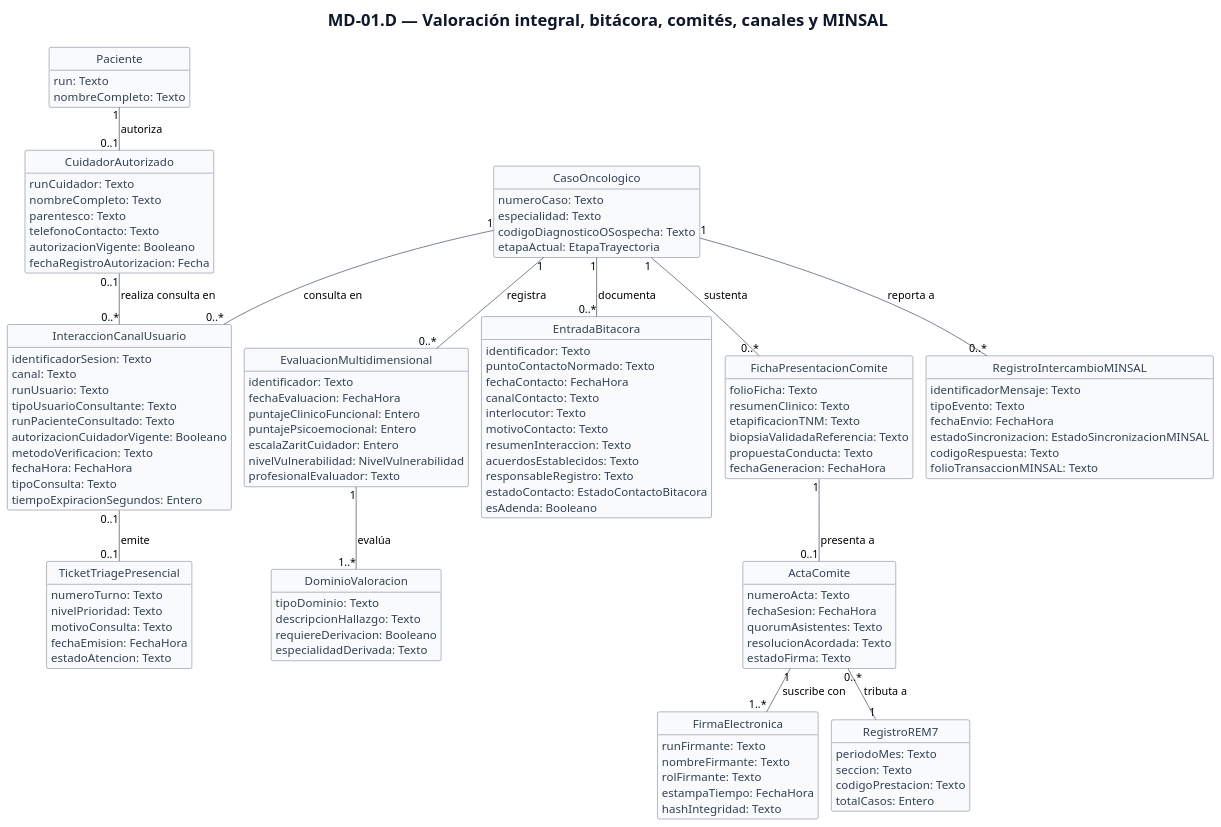
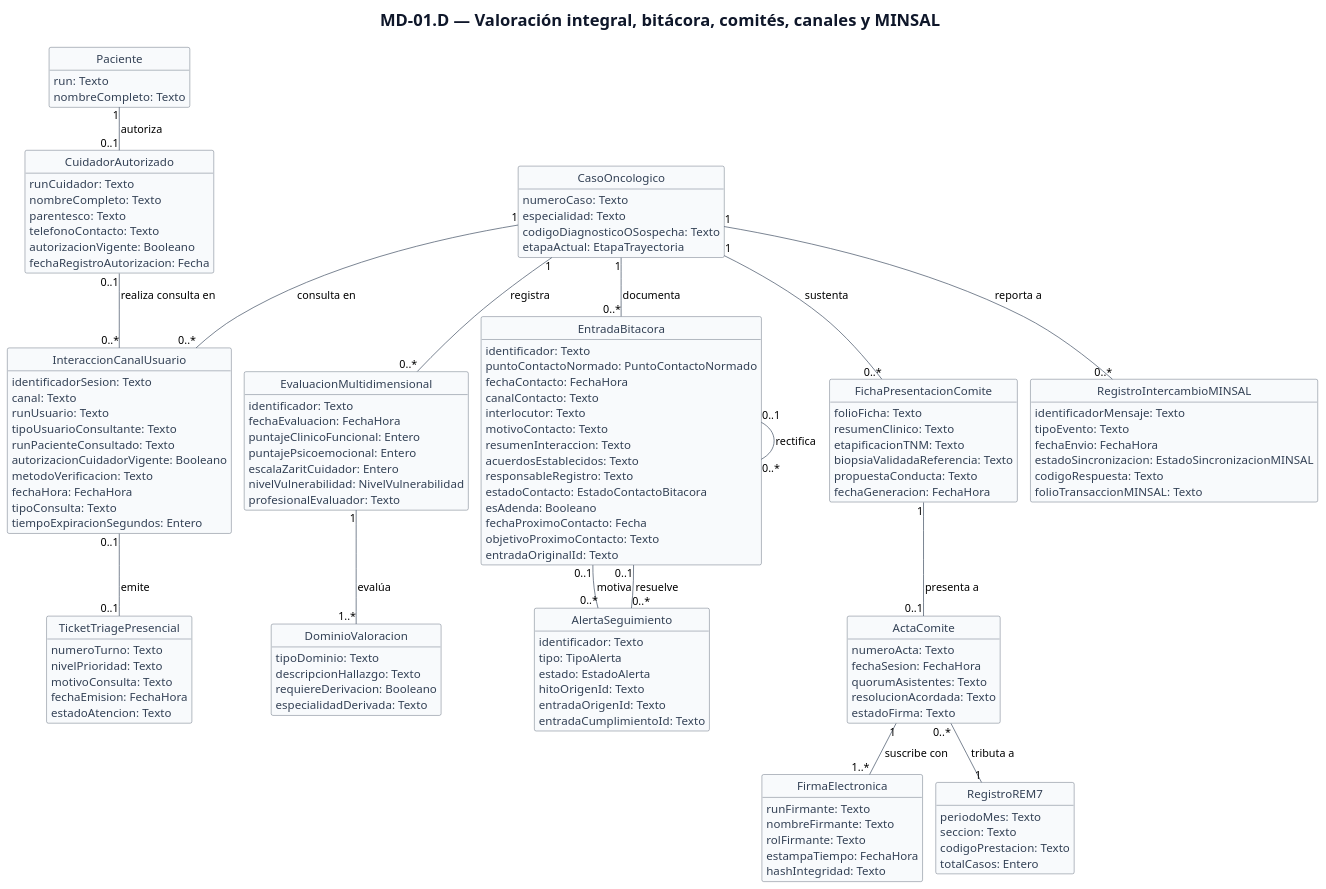
Before and after one commit to br1fz/OncoTrace: the fourth of 4 diagrams in diagramas/modelo-dominio.puml, drawn with PlantUML. The commit also changed other lines of this file and 10 other files, not shown here.

Commit message:
docs(hu-03): alinear especificacion en artefactos, diagramas y ficha para bitacora y puntos de contacto

```diff
--- a/diagramas/modelo-dominio.puml
+++ b/diagramas/modelo-dominio.puml
@@ -228,151 +232,166 @@
 @startuml vista-valoracion-comites-canales
 !pragma layout smetana
 hide methods
 hide circle
 skinparam backgroundColor white
 skinparam shadowing false
 skinparam classBackgroundColor #F8FAFC
 skinparam classBorderColor #334155
 skinparam classFontColor #0F172A
 skinparam classAttributeFontColor #334155
 skinparam classFontSize 19
 skinparam classAttributeFontSize 16
 skinparam ArrowColor #475569
 skinparam ArrowFontSize 15
 skinparam titleFontSize 23
 skinparam titleFontColor #0F172A
 skinparam defaultFontName SansSerif
 top to bottom direction
 
 title
 MD-01.D — Valoración integral, bitácora, comités, canales y MINSAL
 end title
 
 class Paciente {
   run: Texto
   nombreCompleto: Texto
 }
 
 class CasoOncologico {
   numeroCaso: Texto
   especialidad: Texto
   codigoDiagnosticoOSospecha: Texto
   etapaActual: EtapaTrayectoria
 }
 
 class EvaluacionMultidimensional {
   identificador: Texto
   fechaEvaluacion: FechaHora
   puntajeClinicoFuncional: Entero
   puntajePsicoemocional: Entero
   escalaZaritCuidador: Entero
   nivelVulnerabilidad: NivelVulnerabilidad
   profesionalEvaluador: Texto
 }
 
 class DominioValoracion {
   tipoDominio: Texto
   descripcionHallazgo: Texto
   requiereDerivacion: Booleano
   especialidadDerivada: Texto
 }
 
 class EntradaBitacora {
   identificador: Texto
-  puntoContactoNormado: Texto
+  puntoContactoNormado: PuntoContactoNormado
   fechaContacto: FechaHora
   canalContacto: Texto
   interlocutor: Texto
   motivoContacto: Texto
   resumenInteraccion: Texto
   acuerdosEstablecidos: Texto
   responsableRegistro: Texto
   estadoContacto: EstadoContactoBitacora
   esAdenda: Booleano
+  fechaProximoContacto: Fecha
+  objetivoProximoContacto: Texto
+  entradaOriginalId: Texto
 }
 
 class CuidadorAutorizado {
   runCuidador: Texto
   nombreCompleto: Texto
   parentesco: Texto
   telefonoContacto: Texto
   autorizacionVigente: Booleano
   fechaRegistroAutorizacion: Fecha
 }
 
 class FichaPresentacionComite {
   folioFicha: Texto
   resumenClinico: Texto
   etapificacionTNM: Texto
   biopsiaValidadaReferencia: Texto
   propuestaConducta: Texto
   fechaGeneracion: FechaHora
 }
 
 class ActaComite {
   numeroActa: Texto
   fechaSesion: FechaHora
   quorumAsistentes: Texto
   resolucionAcordada: Texto
   estadoFirma: Texto
 }
 
 class FirmaElectronica {
   runFirmante: Texto
   nombreFirmante: Texto
   rolFirmante: Texto
   estampaTiempo: FechaHora
   hashIntegridad: Texto
 }
 
 class RegistroREM7 {
   periodoMes: Texto
   seccion: Texto
   codigoPrestacion: Texto
   totalCasos: Entero
 }
 
 class InteraccionCanalUsuario {
   identificadorSesion: Texto
   canal: Texto
   runUsuario: Texto
   tipoUsuarioConsultante: Texto
   runPacienteConsultado: Texto
   autorizacionCuidadorVigente: Booleano
   metodoVerificacion: Texto
   fechaHora: FechaHora
   tipoConsulta: Texto
   tiempoExpiracionSegundos: Entero
 }
 
 class TicketTriagePresencial {
   numeroTurno: Texto
   nivelPrioridad: Texto
   motivoConsulta: Texto
   fechaEmision: FechaHora
   estadoAtencion: Texto
 }
 
 class RegistroIntercambioMINSAL {
   identificadorMensaje: Texto
   tipoEvento: Texto
   fechaEnvio: FechaHora
   estadoSincronizacion: EstadoSincronizacionMINSAL
   codigoRespuesta: Texto
   folioTransaccionMINSAL: Texto
 }
 
+class AlertaSeguimiento {
+  identificador: Texto
+  tipo: TipoAlerta
+  estado: EstadoAlerta
+  hitoOrigenId: Texto
+  entradaOrigenId: Texto
+  entradaCumplimientoId: Texto
+}
+
 CasoOncologico "1" -- "0..*" EvaluacionMultidimensional : registra
 EvaluacionMultidimensional "1" -- "1..*" DominioValoracion : evalúa
 CasoOncologico "1" -- "0..*" EntradaBitacora : documenta
+EntradaBitacora "0..1" -- "0..*" EntradaBitacora : rectifica
+EntradaBitacora "0..1" -- "0..*" AlertaSeguimiento : motiva
+EntradaBitacora "0..1" -- "0..*" AlertaSeguimiento : resuelve
 CasoOncologico "1" -- "0..*" FichaPresentacionComite : sustenta
 FichaPresentacionComite "1" -- "0..1" ActaComite : presenta a
 ActaComite "1" -- "1..*" FirmaElectronica : suscribe con
 ActaComite "0..*" -- "1" RegistroREM7 : tributa a
 Paciente "1" -- "0..1" CuidadorAutorizado : autoriza
 CuidadorAutorizado "0..1" -- "0..*" InteraccionCanalUsuario : realiza consulta en
 CasoOncologico "1" -- "0..*" InteraccionCanalUsuario : consulta en
 InteraccionCanalUsuario "0..1" -- "0..1" TicketTriagePresencial : emite
 CasoOncologico "1" -- "0..*" RegistroIntercambioMINSAL : reporta a
 
 @enduml
```
